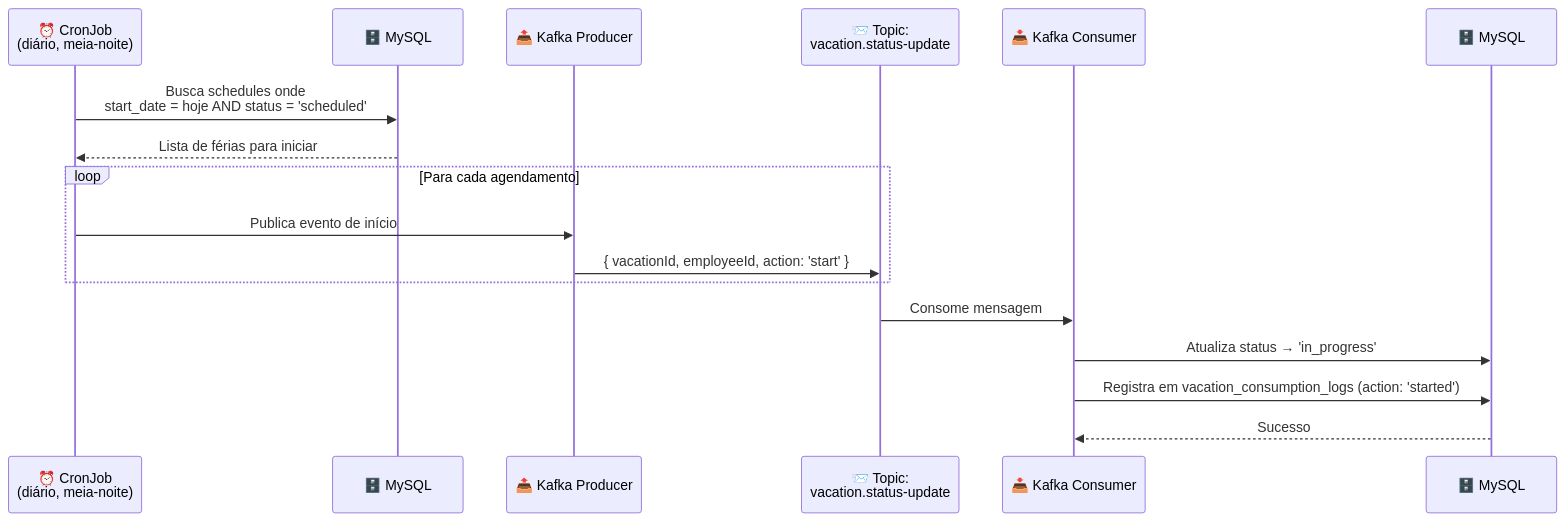
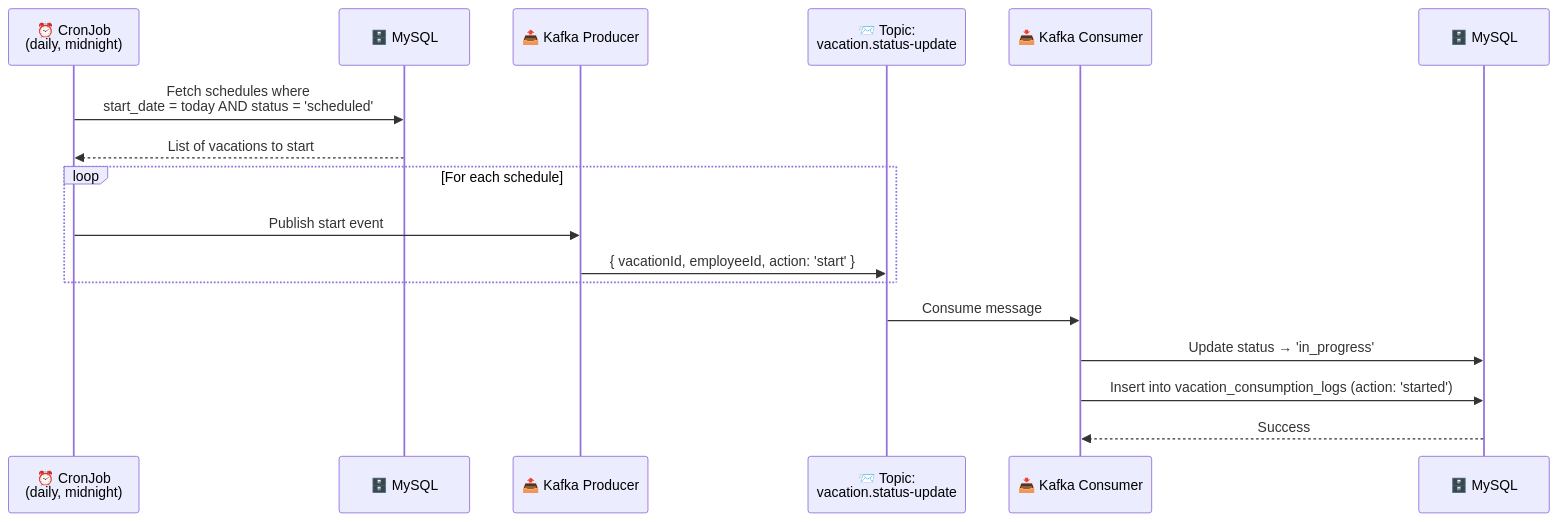
The third of 5 diagrams in README.md (matheuzsr/nest-kafka-mysql), drawn with Mermaid before and after one commit. The commit also changed other lines of this file, not shown here.

````diff
--- a/README.md
+++ b/README.md
@@ -136,22 +136,22 @@
 ```mermaid
 sequenceDiagram
-    participant Cron as ⏰ CronJob<br/>(diário, meia-noite)
+    participant Cron as ⏰ CronJob<br/>(daily, midnight)
     participant DB1 as 🗄️ MySQL
     participant Producer as 📤 Kafka Producer
     participant Topic as 📨 Topic:<br/>vacation.status-update
     participant Consumer as 📥 Kafka Consumer
     participant DB2 as 🗄️ MySQL
 
-    Cron->>DB1: Busca schedules onde<br/>start_date = hoje AND status = 'scheduled'
-    DB1-->>Cron: Lista de férias para iniciar
+    Cron->>DB1: Fetch schedules where<br/>start_date = today AND status = 'scheduled'
+    DB1-->>Cron: List of vacations to start
 
-    loop Para cada agendamento
-        Cron->>Producer: Publica evento de início
+    loop For each schedule
+        Cron->>Producer: Publish start event
         Producer->>Topic: { vacationId, employeeId, action: 'start' }
     end
 
-    Topic->>Consumer: Consome mensagem
-    Consumer->>DB2: Atualiza status → 'in_progress'
-    Consumer->>DB2: Registra em vacation_consumption_logs (action: 'started')
-    DB2-->>Consumer: Sucesso
+    Topic->>Consumer: Consume message
+    Consumer->>DB2: Update status → 'in_progress'
+    Consumer->>DB2: Insert into vacation_consumption_logs (action: 'started')
+    DB2-->>Consumer: Success
 ```
````
